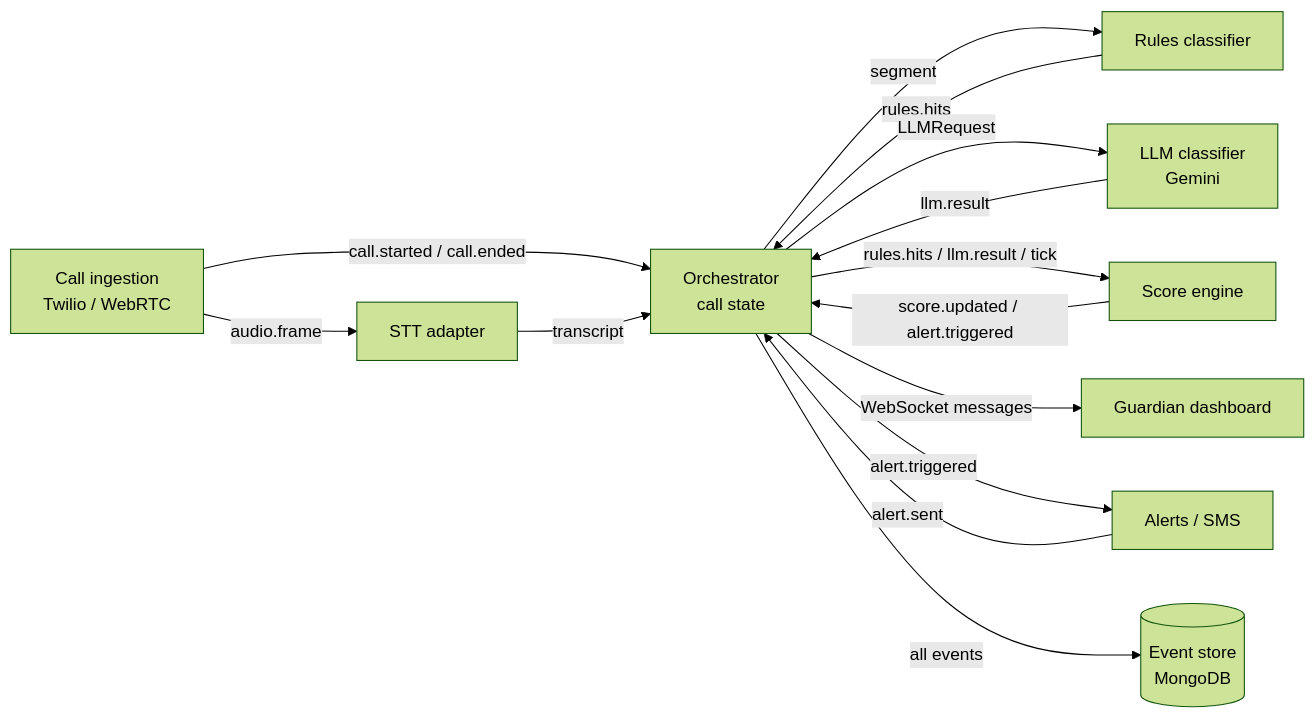
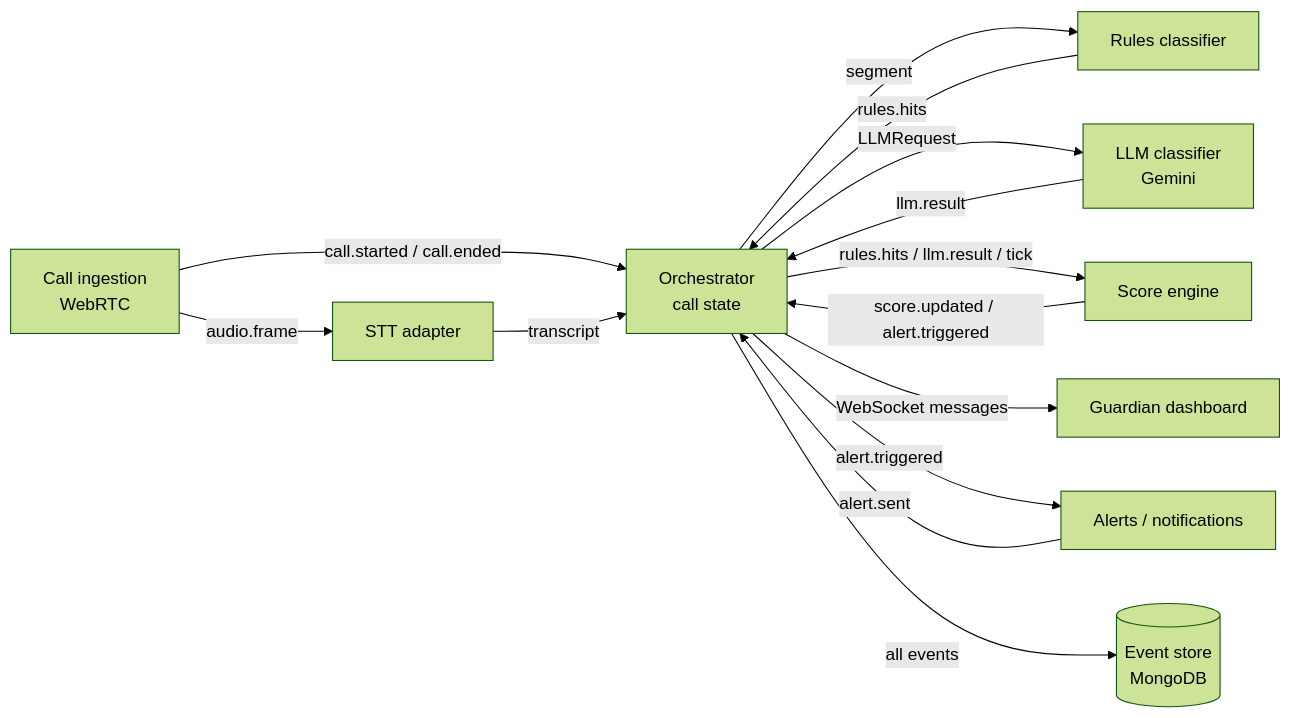
One commit to Philluc123/Gaurdian-Loop-SHX changed the diagram in docs/module-contracts.md. Above: the diagram before and after it, drawn with Mermaid (forest theme). The commit also changed other lines of this file and 38 other files, not shown here.

````diff
--- a/docs/module-contracts.md
+++ b/docs/module-contracts.md
@@ -16,16 +16,16 @@
 ```mermaid
 flowchart LR
-  TW[Call ingestion<br/>Twilio / WebRTC] -- audio.frame --> STT[STT adapter]
+  TW[Call ingestion<br/>WebRTC] -- audio.frame --> STT[STT adapter]
   TW -- call.started / call.ended --> ORC
   STT -- transcript --> ORC[Orchestrator<br/>call state]
   ORC -- segment --> RUL[Rules classifier]
   RUL -- rules.hits --> ORC
   ORC -- LLMRequest --> LLM[LLM classifier<br/>Gemini]
   LLM -- llm.result --> ORC
   ORC -- rules.hits / llm.result / tick --> SCO[Score engine]
   SCO -- score.updated / alert.triggered --> ORC
   ORC -- WebSocket messages --> DASH[Guardian dashboard]
-  ORC -- alert.triggered --> ALR[Alerts / SMS]
+  ORC -- alert.triggered --> ALR[Alerts / notifications]
   ALR -- alert.sent --> ORC
   ORC -- all events --> DB[(Event store<br/>MongoDB)]
 ```
````
